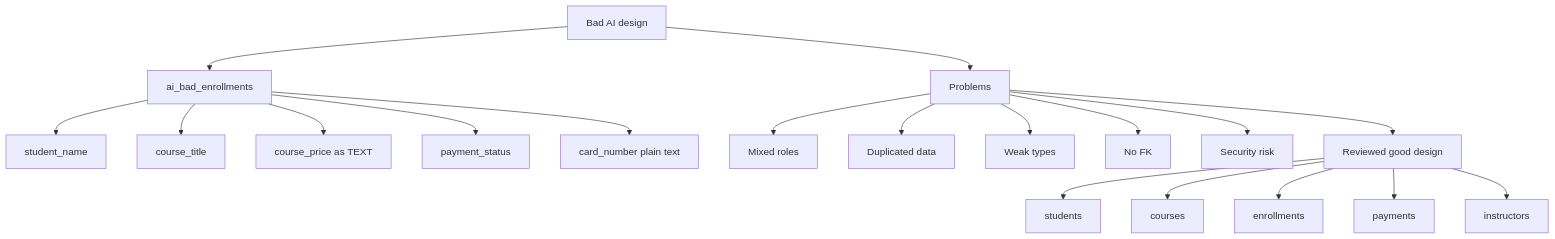
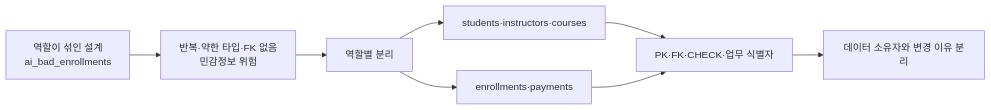
Before and after one commit to GilbertMoon/ai-database-book: the diagram in images/chapter13/ch13_05_bad_vs_good_design.mmd, drawn with Mermaid.

Commit message:
Revise Chapter 13 design comparison Mermaid

```diff
--- a/images/chapter13/ch13_05_bad_vs_good_design.mmd
+++ b/images/chapter13/ch13_05_bad_vs_good_design.mmd
@@ -1,21 +1,8 @@
-flowchart TB
-    A[Bad AI design] --> B[ai_bad_enrollments]
-    B --> B1[student_name]
-    B --> B2[course_title]
-    B --> B3[course_price as TEXT]
-    B --> B4[payment_status]
-    B --> B5[card_number plain text]
-
-    A --> C[Problems]
-    C --> C1[Mixed roles]
-    C --> C2[Duplicated data]
-    C --> C3[Weak types]
-    C --> C4[No FK]
-    C --> C5[Security risk]
-
-    C --> D[Reviewed good design]
-    D --> E[students]
-    D --> F[courses]
-    D --> G[enrollments]
-    D --> H[payments]
-    D --> I[instructors]
+flowchart LR
+    A[역할이 섞인 설계<br/>ai_bad_enrollments] --> B[반복·약한 타입·FK 없음<br/>민감정보 위험]
+    B --> C[역할별 분리]
+    C --> D[students·instructors·courses]
+    C --> E[enrollments·payments]
+    D --> F[PK·FK·CHECK·업무 식별자]
+    E --> F
+    F --> G[데이터 소유자와 변경 이유 분리]
```
